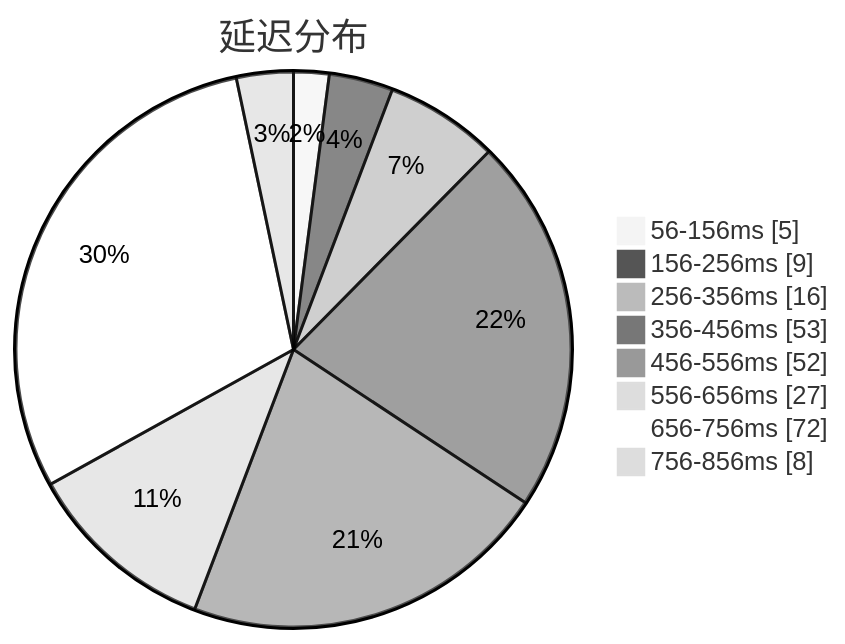
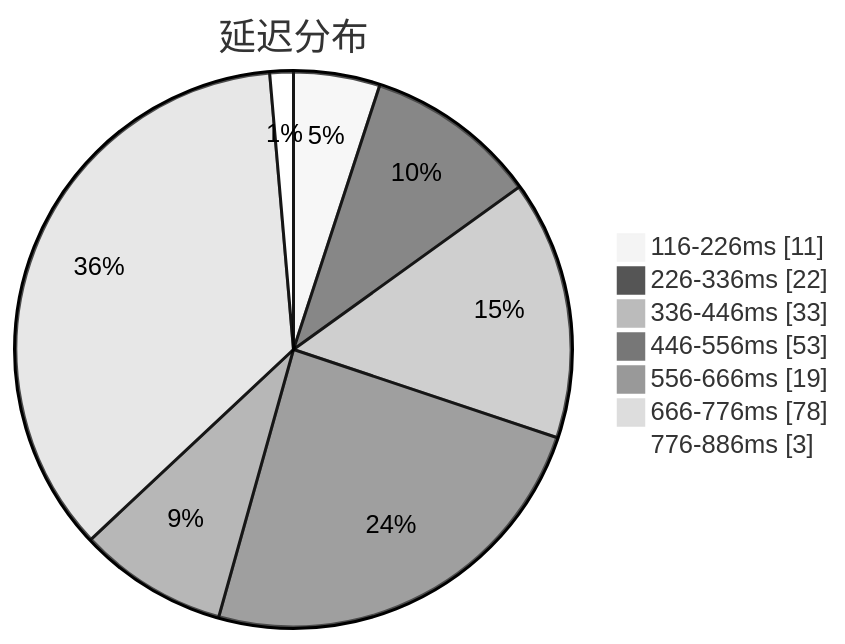
One commit to sinspired/airport changed the first of 3 diagrams in subs/statistics/tested_within.md. Above: the diagram before and after it, drawn with Mermaid (neutral theme). The commit also changed other lines of this file and 2 other files, not shown here.

````diff
--- a/subs/statistics/tested_within.md
+++ b/subs/statistics/tested_within.md
@@ -2,12 +2,11 @@
 ```mermaid
 pie showData
 title 延迟分布
-"56-156ms" : 5
-"156-256ms" : 9
-"256-356ms" : 16
-"356-456ms" : 53
-"456-556ms" : 52
-"556-656ms" : 27
-"656-756ms" : 72
-"756-856ms" : 8
+"116-226ms" : 11
+"226-336ms" : 22
+"336-446ms" : 33
+"446-556ms" : 53
+"556-666ms" : 19
+"666-776ms" : 78
+"776-886ms" : 3
 ```
````
